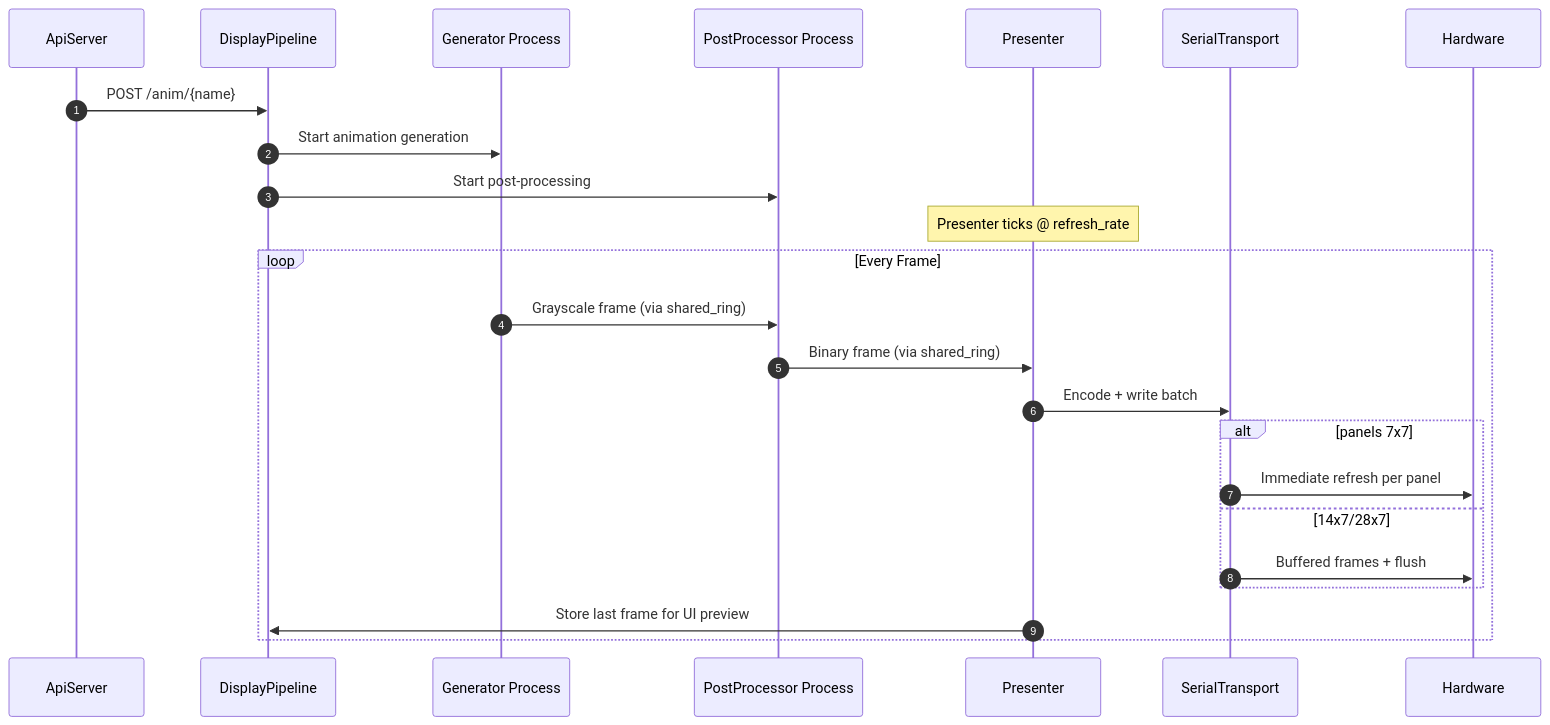
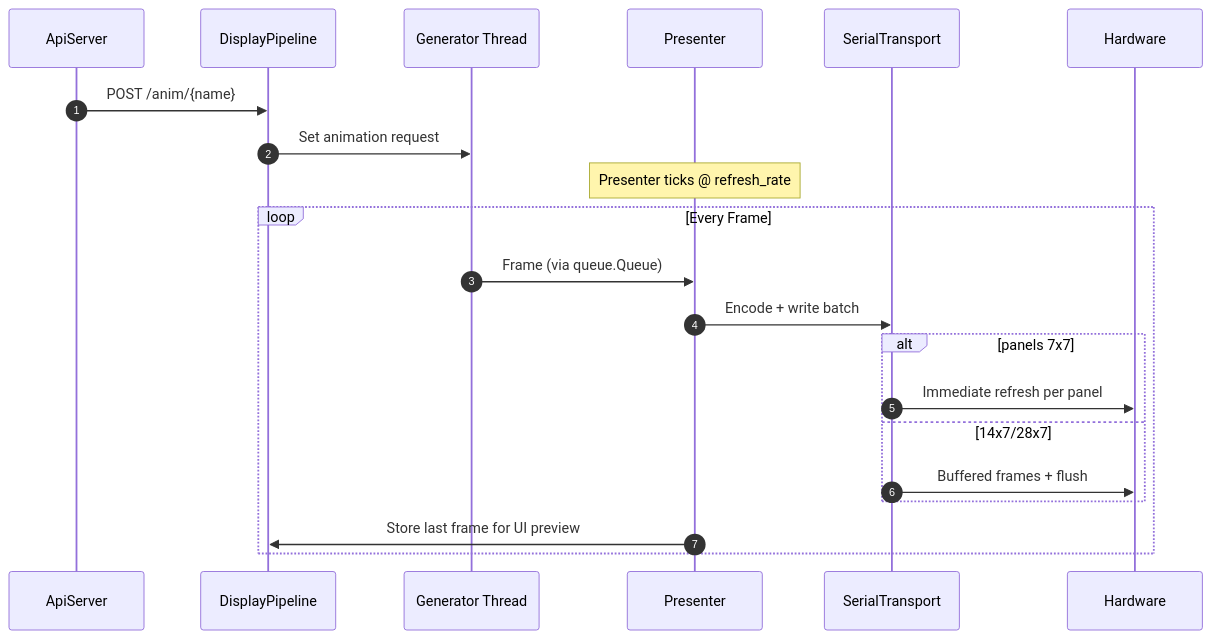
One commit to Garrettjson/flip-disc changed the diagram in README.md. Above: the diagram before and after it, drawn with Mermaid. The commit also changed other lines of this file and 28 other files, not shown here.

````diff
--- a/README.md
+++ b/README.md
@@ -117,28 +122,25 @@
 ```mermaid
 sequenceDiagram
     autonumber
     participant API as ApiServer
     participant Pipeline as DisplayPipeline
-    participant Gen as Generator Process
-    participant Post as PostProcessor Process
+    participant Gen as Generator Thread
     participant Present as Presenter
     participant Serial as SerialTransport
     participant Panels as Hardware
 
     API->>Pipeline: POST /anim/{name}
-    Pipeline->>Gen: Start animation generation
-    Pipeline->>Post: Start post-processing
+    Pipeline->>Gen: Set animation request
 
     Note over Present: Presenter ticks @ refresh_rate
     loop Every Frame
-        Gen->>Post: Grayscale frame (via shared_ring)
-        Post->>Present: Binary frame (via shared_ring)
+        Gen->>Present: Frame (via queue.Queue)
         Present->>Serial: Encode + write batch
         alt panels 7x7
             Serial->>Panels: Immediate refresh per panel
         else 14x7/28x7
             Serial->>Panels: Buffered frames + flush
         end
         Present->>Pipeline: Store last frame for UI preview
     end
 ```
````
